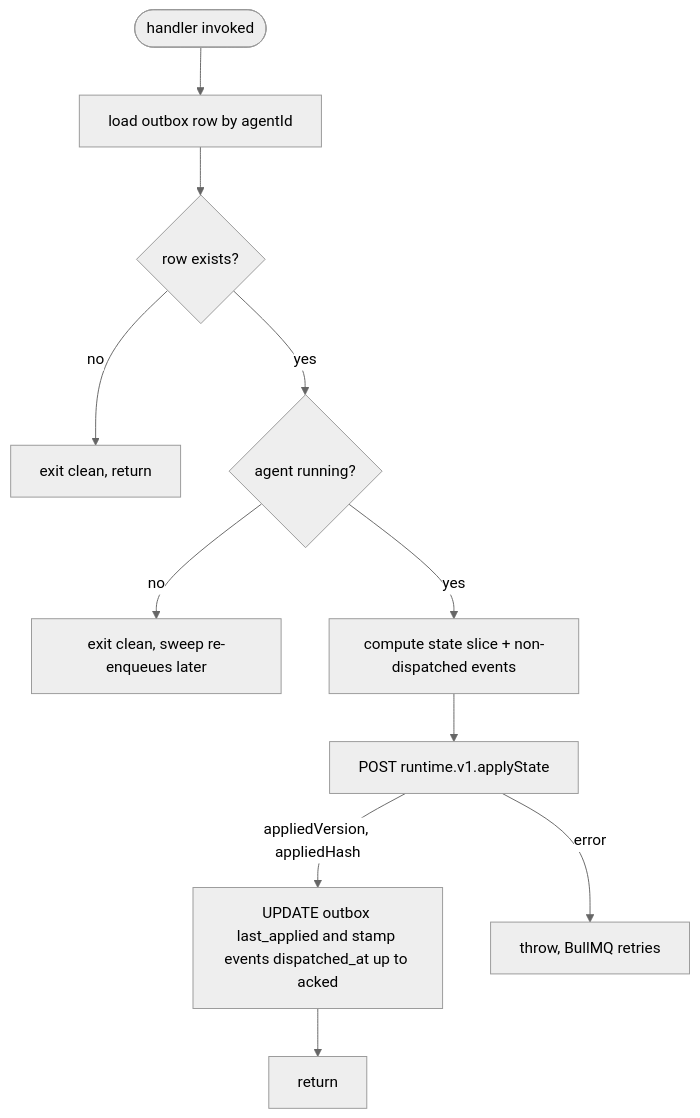
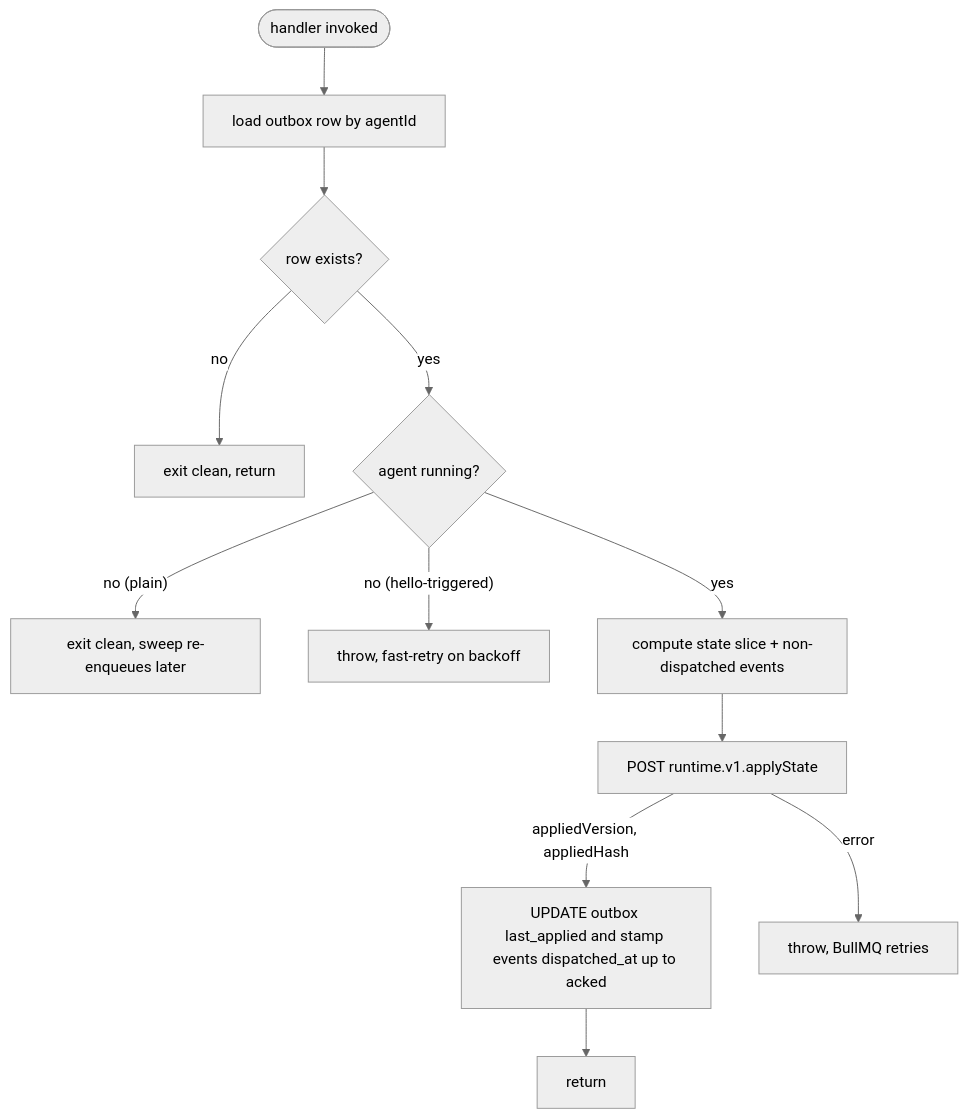
Before and after one commit to subbyte/dam: the sixth of 6 diagrams in docs/architecture/connections.md, drawn with Mermaid (neutral theme). The commit also changed other lines of this file and 44 other files, not shown here.

````diff
--- a/docs/architecture/connections.md
+++ b/docs/architecture/connections.md
@@ -412,22 +409,24 @@
 ```mermaid
 flowchart TD
   handlerStart([handler invoked])
   load[load outbox row by agentId]
   exists{row exists?}
   noop[exit clean, return]
   check{agent running?}
   defer[exit clean, sweep re-enqueues later]
+  retry[throw, fast-retry on backoff]
   compute[compute state slice + non-dispatched events]
   dispatch[POST runtime.v1.applyState]
   stamp["UPDATE outbox last_applied and stamp events dispatched_at up to acked"]
   ok[return]
   fail[throw, BullMQ retries]
 
   handlerStart --> load --> exists
   exists -->|no| noop
   exists -->|yes| check
-  check -->|no| defer
+  check -->|"no (plain)"| defer
+  check -->|"no (hello-triggered)"| retry
   check -->|yes| compute --> dispatch
   dispatch -->|appliedVersion, appliedHash| stamp --> ok
   dispatch -->|error| fail
 ```
````
